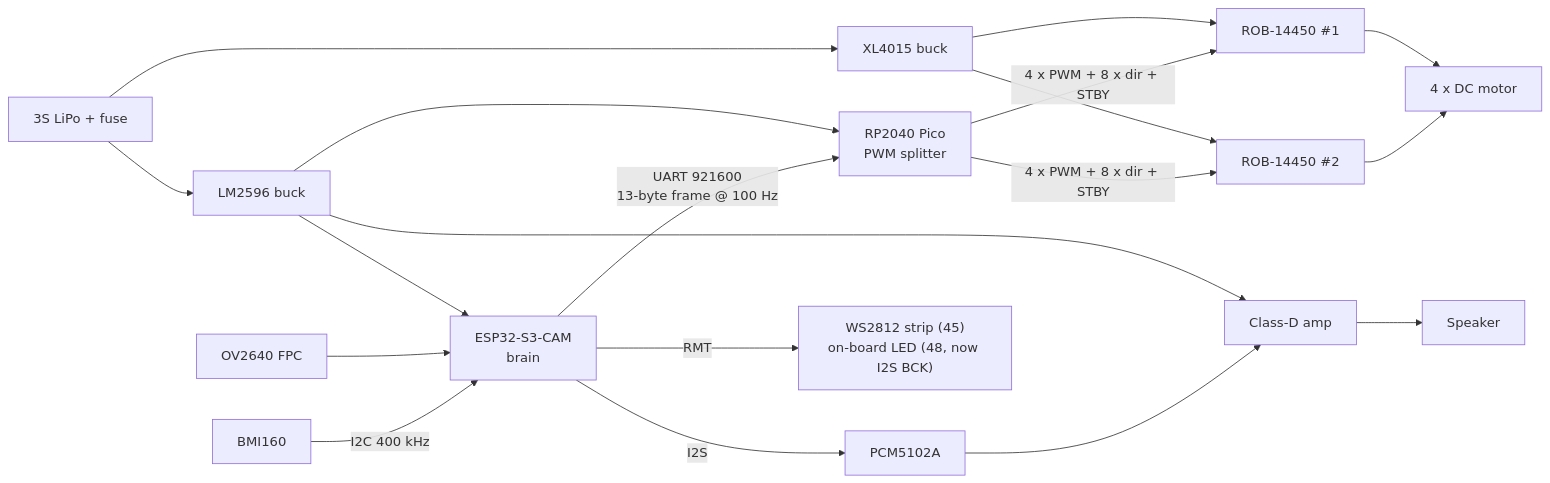
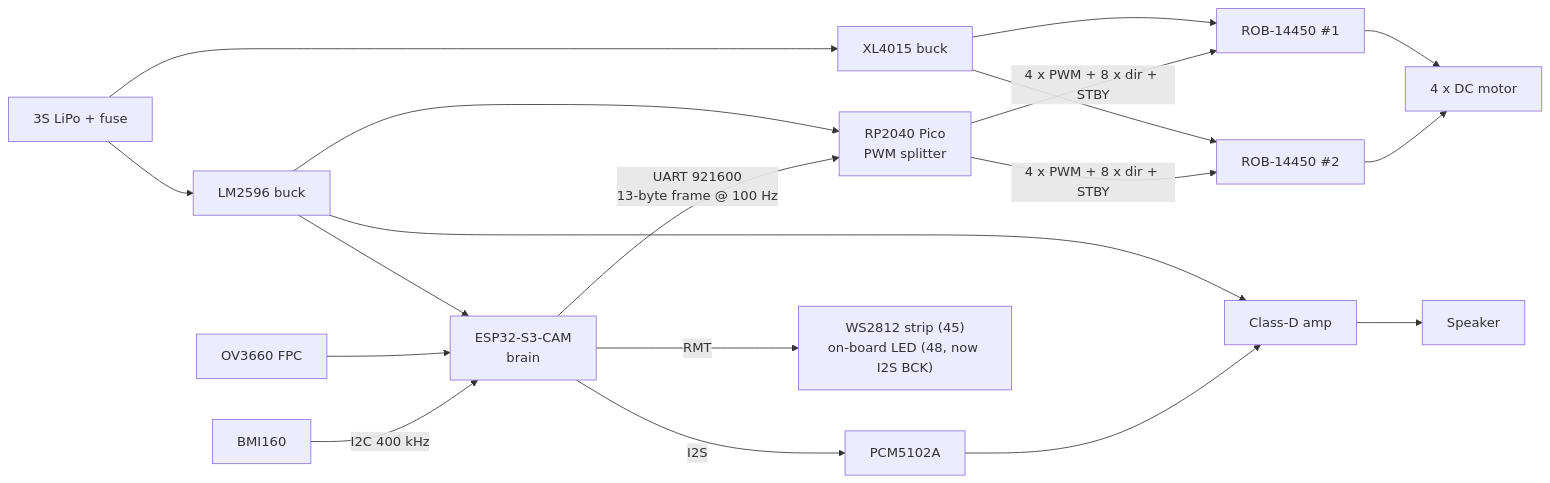
The diagram in docs/circuit-plan.md (botero-dev/usbbog-realidad-mixta), drawn with Mermaid before and after one commit. The commit also changed other lines of this file and 14 other files, not shown here.

````diff
--- a/docs/circuit-plan.md
+++ b/docs/circuit-plan.md
@@ -33,22 +33,22 @@
 ```mermaid
 flowchart LR
   BAT["3S LiPo + fuse"] --> XL["XL4015 buck"]
   BAT --> LM["LM2596 buck"]
   XL --> T1["ROB-14450 #1"]
   XL --> T2["ROB-14450 #2"]
 
   LM --> S3["ESP32-S3-CAM<br/>brain"]
   LM --> PICO["RP2040 Pico<br/>PWM splitter"]
   LM --> AMP["Class-D amp"]
 
-  CAM["OV2640 FPC"] --> S3
+  CAM["OV3660 FPC"] --> S3
   IMU["BMI160"] -- "I2C 400 kHz" --> S3
   S3 -- "I2S" --> DAC["PCM5102A"] --> AMP --> SPK["Speaker"]
   S3 -- "UART 921600<br/>13-byte frame @ 100 Hz" --> PICO
   S3 -- "RMT" --> LED["WS2812 strip (45)<br/>on-board LED (48, now I2S BCK)"]
 
   PICO -- "4 x PWM + 8 x dir + STBY" --> T1
   PICO -- "4 x PWM + 8 x dir + STBY" --> T2
   T1 --> M["4 x DC motor"]
   T2 --> M
 ```
````
